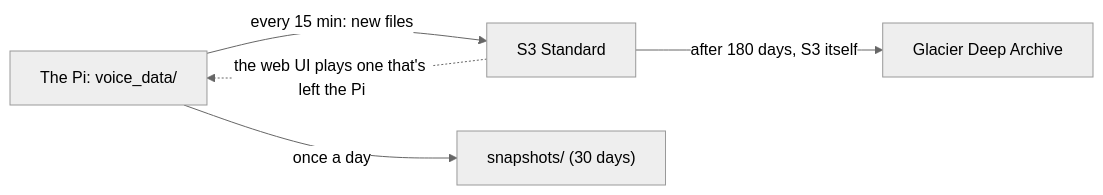
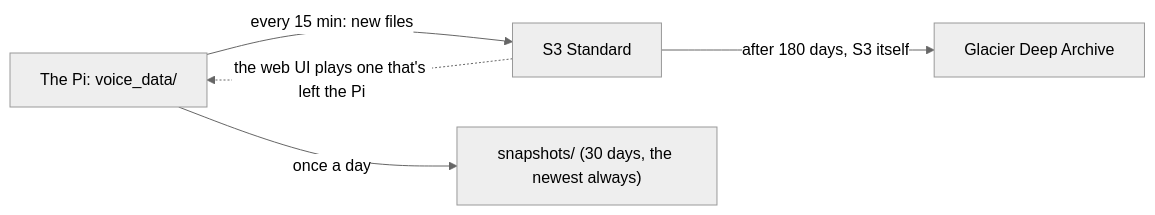
The diagram in docs/backup.md (alon-pilosoph/tars), drawn with Mermaid (neutral theme) before and after one commit. The commit also changed other lines of this file and 11 other files, not shown here.

````diff
--- a/docs/backup.md
+++ b/docs/backup.md
@@ -37,7 +40,7 @@
 ```mermaid
 flowchart LR
     pi["The Pi: voice_data/"] -->|"every 15 min: new files"| standard["S3 Standard"]
     standard -->|"after 180 days, S3 itself"| deep["Glacier Deep Archive"]
-    pi -->|"once a day"| snaps["snapshots/ (30 days)"]
+    pi -->|"once a day"| snaps["snapshots/ (30 days, the newest always)"]
     standard -.->|"the web UI plays one that's left the Pi"| pi
 ```
````
